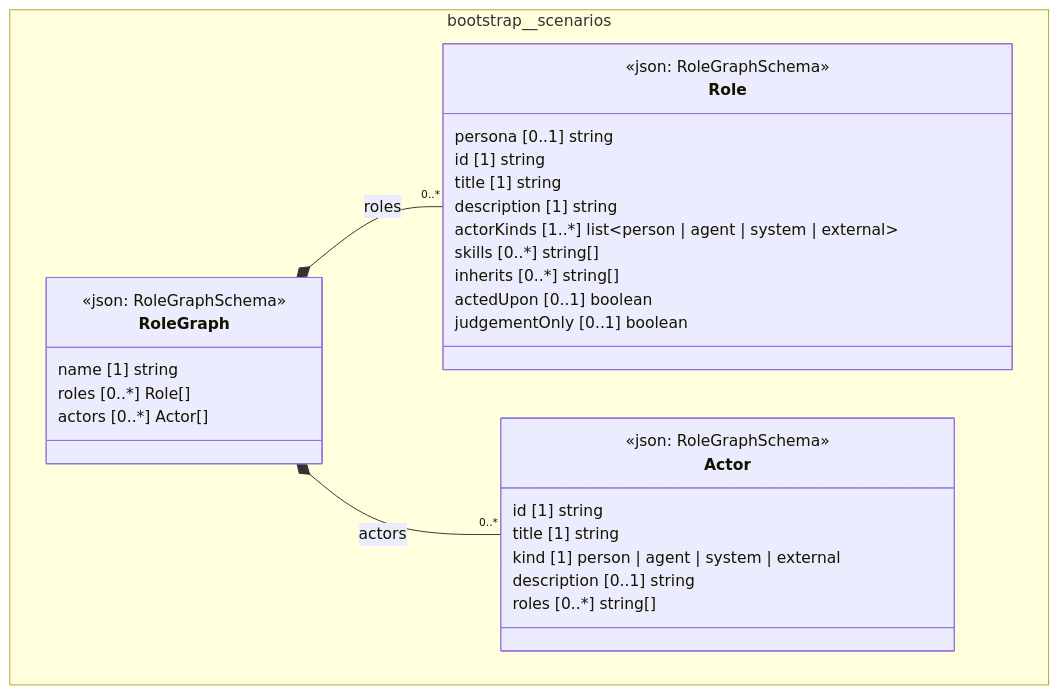
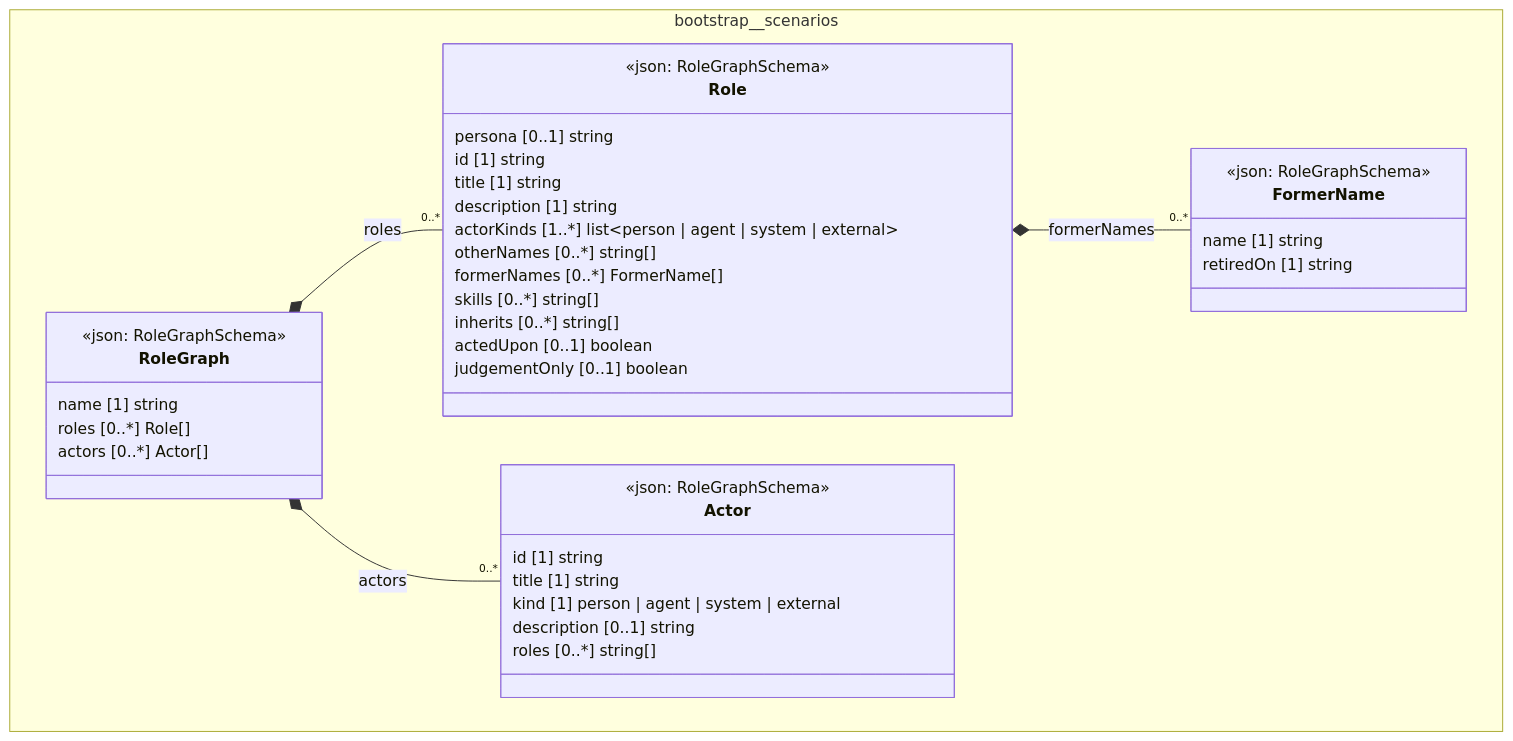
One commit to litlfred/folio-assistant changed the diagram in cat-harness/uml/overview/bootstrap/scenarios.mmd. Above: the diagram before and after it, drawn with Mermaid. The commit also changed 45 other files, not shown here.

First line of the commit message:
Roles carry their other and former names; bootstrap README shows them (owner, 2026-09-30)

```diff
--- a/cat-harness/uml/overview/bootstrap/scenarios.mmd
+++ b/cat-harness/uml/overview/bootstrap/scenarios.mmd
@@ -1,35 +1,44 @@
 classDiagram
   direction TB
   namespace bootstrap__scenarios {
+    class bootstrap_scenarios_FormerName["FormerName"] {
+      <<json: RoleGraphSchema>>
+      name [1] string
+      retiredOn [1] string
+    }
     class bootstrap_scenarios_Role["Role"] {
       <<json: RoleGraphSchema>>
       persona [0..1] string
       id [1] string
       title [1] string
       description [1] string
       actorKinds [1..*] list~person | agent | system | external~
+      otherNames [0..*] string[]
+      formerNames [0..*] FormerName[]
       skills [0..*] string[]
       inherits [0..*] string[]
       actedUpon [0..1] boolean
       judgementOnly [0..1] boolean
     }
     class bootstrap_scenarios_Actor["Actor"] {
       <<json: RoleGraphSchema>>
       id [1] string
       title [1] string
       kind [1] person | agent | system | external
       description [0..1] string
       roles [0..*] string[]
     }
     class bootstrap_scenarios_RoleGraph["RoleGraph"] {
       <<json: RoleGraphSchema>>
       name [1] string
       roles [0..*] Role[]
       actors [0..*] Actor[]
     }
   }
+  bootstrap_scenarios_Role *-- "0..*" bootstrap_scenarios_FormerName : formerNames
   bootstrap_scenarios_RoleGraph *-- "0..*" bootstrap_scenarios_Role : roles
   bootstrap_scenarios_RoleGraph *-- "0..*" bootstrap_scenarios_Actor : actors
+  cssClass "bootstrap_scenarios_FormerName" fa_uml_kind_scenarios
   cssClass "bootstrap_scenarios_Role" fa_uml_kind_scenarios
   cssClass "bootstrap_scenarios_Actor" fa_uml_kind_scenarios
   cssClass "bootstrap_scenarios_RoleGraph" fa_uml_kind_scenarios
```
